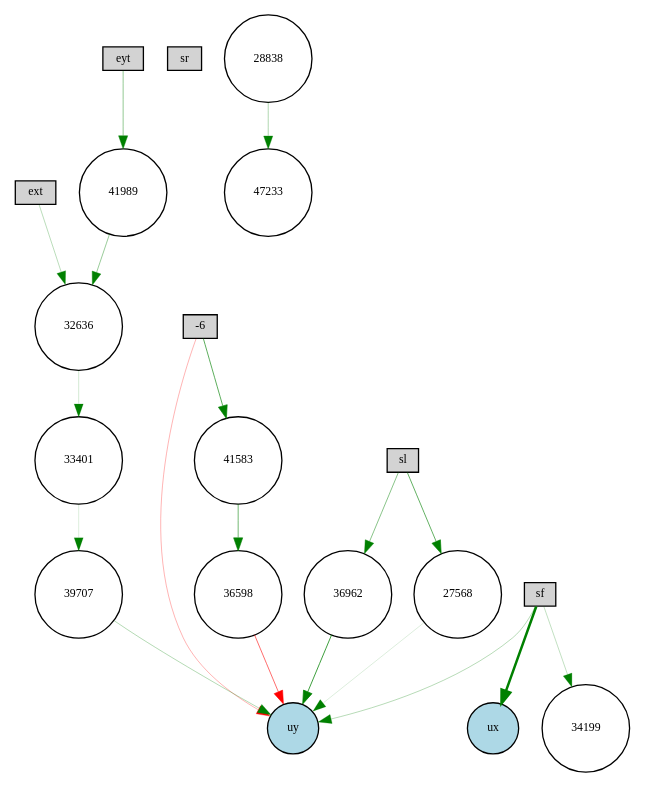
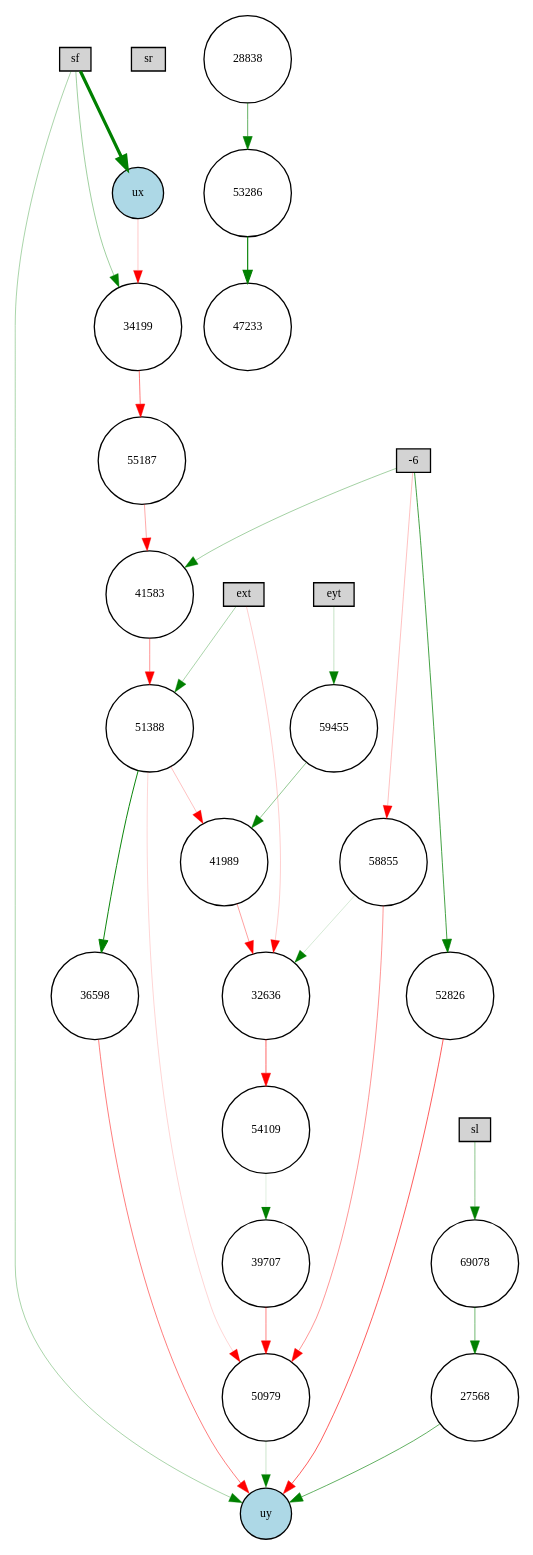
One commit to KaiL4eK/autopilot_simulator changed the diagram in pictures_ff/winner-feedforward-enabled.gv. Above: the diagram before and after it, drawn with Graphviz. The commit also changed 13 other files, not shown here.

```diff
--- a/pictures_ff/winner-feedforward-enabled.gv
+++ b/pictures_ff/winner-feedforward-enabled.gv
@@ -1,40 +1,60 @@
 digraph {
 	node [fontsize=9 height=0.2 shape=circle width=0.2]
 	ext [fillcolor=lightgray shape=box style=filled]
 	eyt [fillcolor=lightgray shape=box style=filled]
 	sf [fillcolor=lightgray shape=box style=filled]
 	sl [fillcolor=lightgray shape=box style=filled]
 	sr [fillcolor=lightgray shape=box style=filled]
 	-6 [fillcolor=lightgray shape=box style=filled]
 	ux [fillcolor=lightblue style=filled]
 	uy [fillcolor=lightblue style=filled]
-	36962 [fillcolor=white style=filled]
 	47233 [fillcolor=white style=filled]
+	50979 [fillcolor=white style=filled]
+	34199 [fillcolor=white style=filled]
 	41989 [fillcolor=white style=filled]
 	28838 [fillcolor=white style=filled]
+	58855 [fillcolor=white style=filled]
+	53286 [fillcolor=white style=filled]
+	32636 [fillcolor=white style=filled]
 	41583 [fillcolor=white style=filled]
 	27568 [fillcolor=white style=filled]
+	55187 [fillcolor=white style=filled]
 	36598 [fillcolor=white style=filled]
-	34199 [fillcolor=white style=filled]
-	33401 [fillcolor=white style=filled]
+	69078 [fillcolor=white style=filled]
+	52826 [fillcolor=white style=filled]
 	39707 [fillcolor=white style=filled]
-	32636 [fillcolor=white style=filled]
-	41583 -> 36598 [color=green penwidth=0.4342254883824799 style=solid]
-	39707 -> uy [color=green penwidth=0.22868279035476588 style=solid]
-	-6 -> uy [color=red penwidth=0.2304654631950279 style=solid]
-	sl -> 27568 [color=green penwidth=0.472774029843394 style=solid]
-	28838 -> 47233 [color=green penwidth=0.23979076801682295 style=solid]
-	27568 -> uy [color=green penwidth=0.10621836695006191 style=solid]
-	sf -> uy [color=green penwidth=0.21920428930650188 style=solid]
-	36962 -> uy [color=green penwidth=0.5840343848419789 style=solid]
-	eyt -> 41989 [color=green penwidth=0.33045458599188393 style=solid]
-	36598 -> uy [color=red penwidth=0.43643781859409014 style=solid]
-	-6 -> 41583 [color=green penwidth=0.4942879895582908 style=solid]
-	ext -> 32636 [color=green penwidth=0.20907056623502984 style=solid]
-	sf -> ux [color=green penwidth=1.9203585841159858 style=solid]
-	33401 -> 39707 [color=green penwidth=0.10904640604263564 style=solid]
-	sl -> 36962 [color=green penwidth=0.3578812130348087 style=solid]
-	41989 -> 32636 [color=green penwidth=0.3067120535388552 style=solid]
-	32636 -> 33401 [color=green penwidth=0.14340991716926563 style=solid]
-	sf -> 34199 [color=green penwidth=0.18769441783277319 style=solid]
+	51388 [fillcolor=white style=filled]
+	54109 [fillcolor=white style=filled]
+	59455 [fillcolor=white style=filled]
+	58855 -> 50979 [color=red penwidth=0.3197992059290341 style=solid]
+	50979 -> uy [color=green penwidth=0.16356134734893524 style=solid]
+	51388 -> 36598 [color=green penwidth=0.7311180408065695 style=solid]
+	51388 -> 50979 [color=red penwidth=0.12966441104064824 style=solid]
+	27568 -> uy [color=green penwidth=0.4738056082238091 style=solid]
+	eyt -> 59455 [color=green penwidth=0.1813563525010668 style=solid]
+	55187 -> 41583 [color=red penwidth=0.25525467490369896 style=solid]
+	52826 -> uy [color=red penwidth=0.48845150205474264 style=solid]
+	ext -> 32636 [color=red penwidth=0.14829657359888115 style=solid]
+	32636 -> 54109 [color=red penwidth=0.4592267741291708 style=solid]
+	sl -> 69078 [color=green penwidth=0.3506119125583561 style=solid]
+	ext -> 51388 [color=green penwidth=0.2646889196624916 style=solid]
+	53286 -> 47233 [color=green penwidth=0.8732212364344881 style=solid]
+	51388 -> 41989 [color=red penwidth=0.18954820988251783 style=solid]
+	28838 -> 53286 [color=green penwidth=0.4695582267483045 style=solid]
+	59455 -> 41989 [color=green penwidth=0.3308374196471695 style=solid]
+	69078 -> 27568 [color=green penwidth=0.43282678750502823 style=solid]
+	sf -> uy [color=green penwidth=0.2641604238113642 style=solid]
+	58855 -> 32636 [color=green penwidth=0.13494271757035065 style=solid]
+	36598 -> uy [color=red penwidth=0.391096112645817 style=solid]
+	39707 -> 50979 [color=red penwidth=0.38153389197312415 style=solid]
+	ux -> 34199 [color=red penwidth=0.1737422817303128 style=solid]
+	54109 -> 39707 [color=green penwidth=0.10259081872767657 style=solid]
+	-6 -> 41583 [color=green penwidth=0.2753427871876718 style=solid]
+	34199 -> 55187 [color=red penwidth=0.3956866217682595 style=solid]
+	-6 -> 52826 [color=green penwidth=0.5560652742968548 style=solid]
+	sf -> ux [color=green penwidth=2.4512792366887424 style=solid]
+	41583 -> 51388 [color=red penwidth=0.321253876840139 style=solid]
+	sf -> 34199 [color=green penwidth=0.28924775844275424 style=solid]
+	-6 -> 58855 [color=red penwidth=0.19477765916394213 style=solid]
+	41989 -> 32636 [color=red penwidth=0.2945948739271326 style=solid]
 }
```
